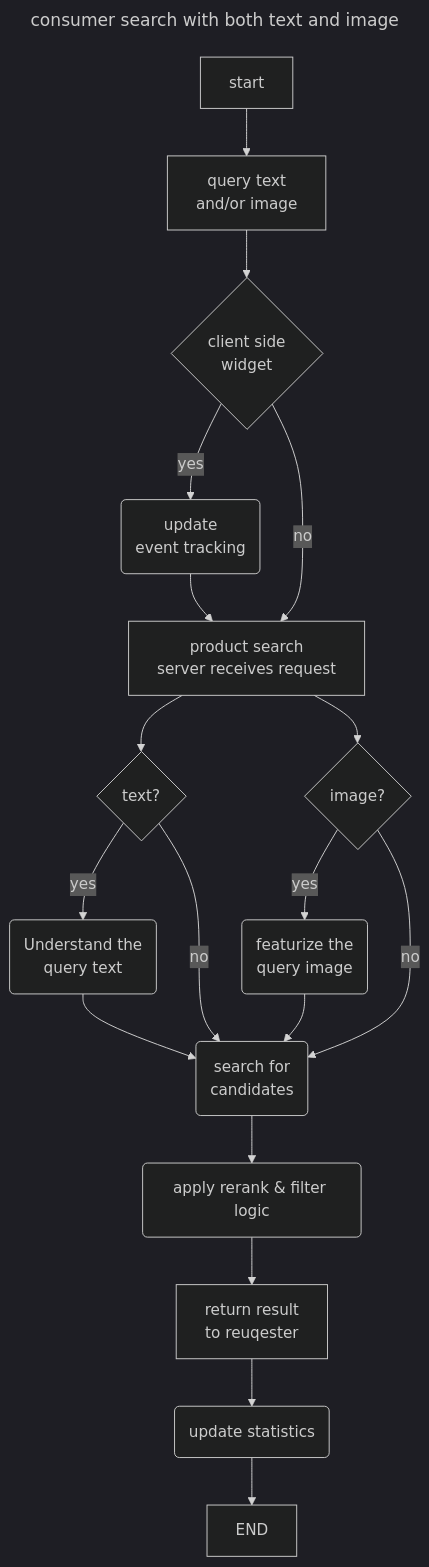
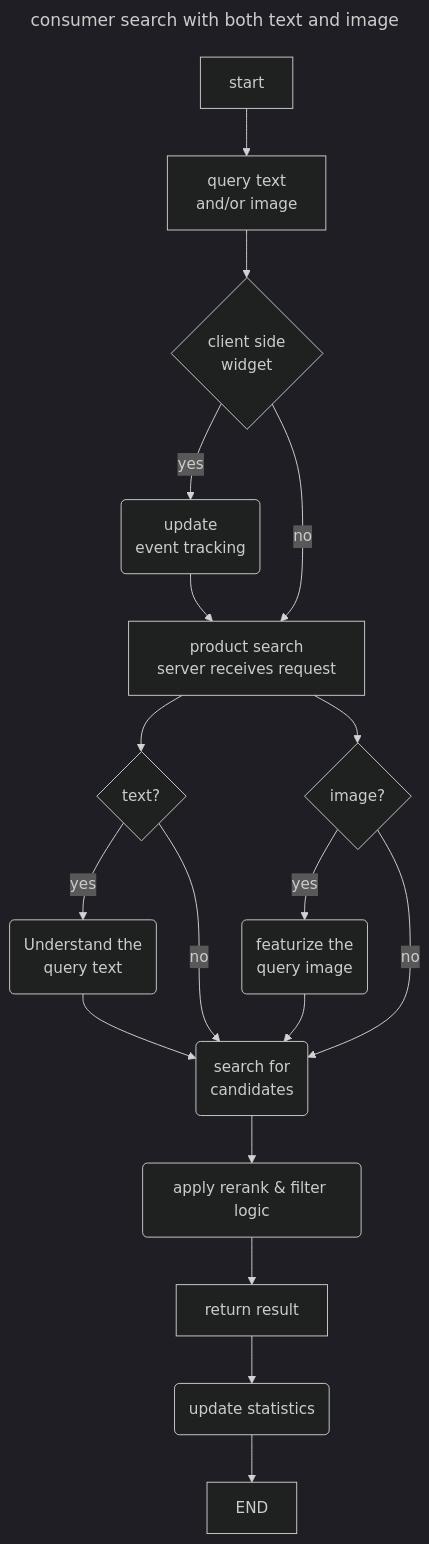
The diagram in Multi-Search_text_and_image.md (zchangvs/diagram), drawn with Mermaid (dark theme) before and after one commit.

````diff
--- a/Multi-Search_text_and_image.md
+++ b/Multi-Search_text_and_image.md
@@ -1,25 +1,25 @@
 ```mermaid
 ---
 title: consumer search with both text and image
 ---
 flowchart TD
     ST[start] --> A[query text<br>and/or image]
     A --> B{client side<br>widget}
     B -->|yes| S(update<br>event tracking)
     B --> |no| C[product search<br>server receives request]
     S --> C
     C --> TQ{text?}
     TQ--> |yes| D1(Understand the<br>query text)
     C --> IQ{image?}
     IQ--> |yes| D2(featurize the<br>query image)
     D1 --> E1(search for<br>candidates)
     D2 --> E1
     TQ--> |no| E1
     IQ--> |no| E1 
     E1 --> E2(apply rerank & filter logic)
-    E2 --> F[return result<br>to reuqester]
+    E2 --> F[return result]
     F --> G(update statistics)
     G --> END[END] 
 
 
 ```
````
